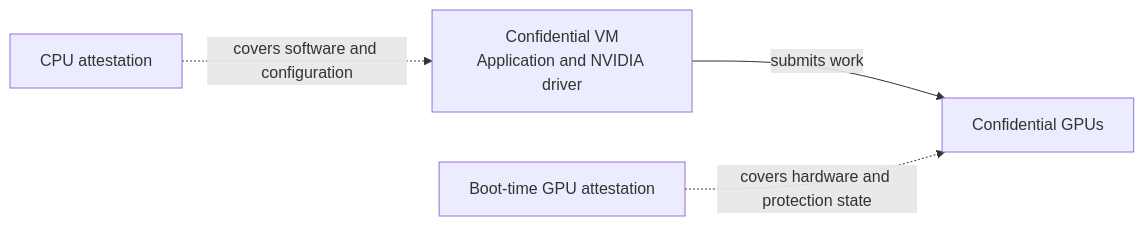
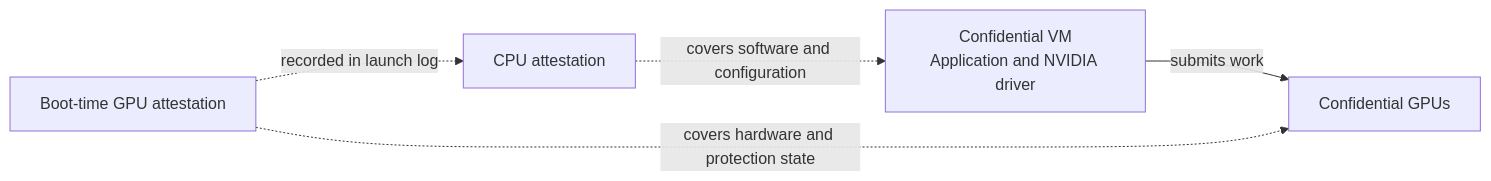
The first of 4 diagrams in docs/confidential-ai.md (Dstack-TEE/dstack), drawn with Mermaid before and after one commit. The commit also changed other lines of this file, not shown here.

````diff
--- a/docs/confidential-ai.md
+++ b/docs/confidential-ai.md
@@ -31,6 +31,7 @@
 ```mermaid
 graph LR
     CPU["Confidential VM<br/>Application and NVIDIA driver"] -->|submits work| GPU["Confidential GPUs"]
     CPUProof["CPU attestation"] -.->|covers software and configuration| CPU
     GPUProof["Boot-time GPU attestation"] -.->|covers hardware and protection state| GPU
+    GPUProof -.->|recorded in launch log| CPUProof
 ```
````
